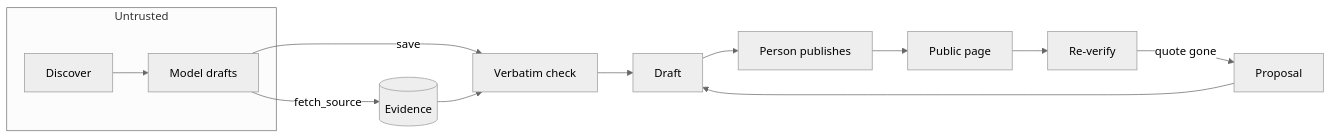
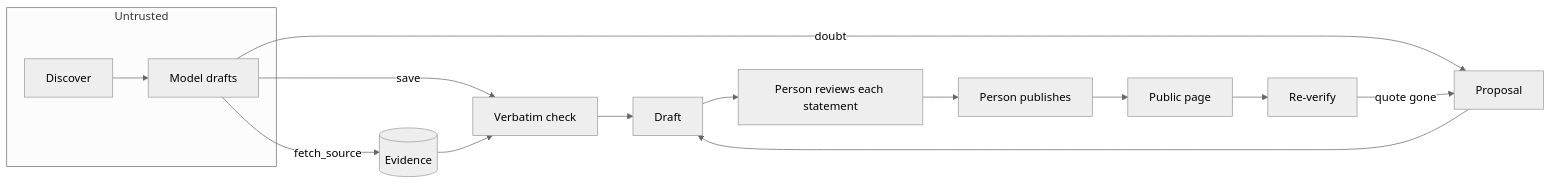
The first of 2 diagrams in README.md (nazanindev/defensiverenting), drawn with Mermaid (neutral theme) before and after one commit. The commit also changed other lines of this file, not shown here.

First line of the commit message:
Describe statement-level review in the README pipeline

````diff
--- a/README.md
+++ b/README.md
@@ -32,15 +32,17 @@
 ```mermaid
 flowchart LR
     subgraph untrusted [Untrusted]
         D[Discover] --> M[Model drafts]
     end
     M -- fetch_source --> E[(Evidence)]
     M -- save --> S[Verbatim check]
     E --> S
     S --> R[Draft]
-    R --> P[Person publishes]
+    M -- doubt --> Q
+    R --> W[Person reviews each statement]
+    W --> P[Person publishes]
     P --> L[Public page]
     L --> V[Re-verify]
     V -- quote gone --> Q[Proposal]
     Q --> R
 ```
````
